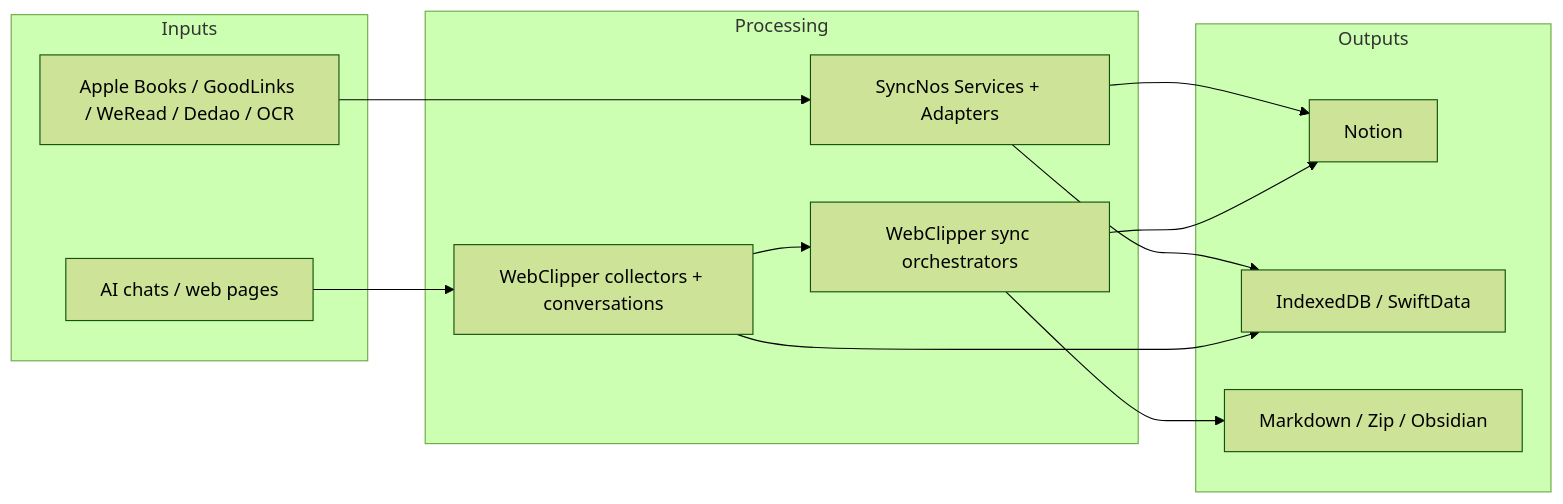
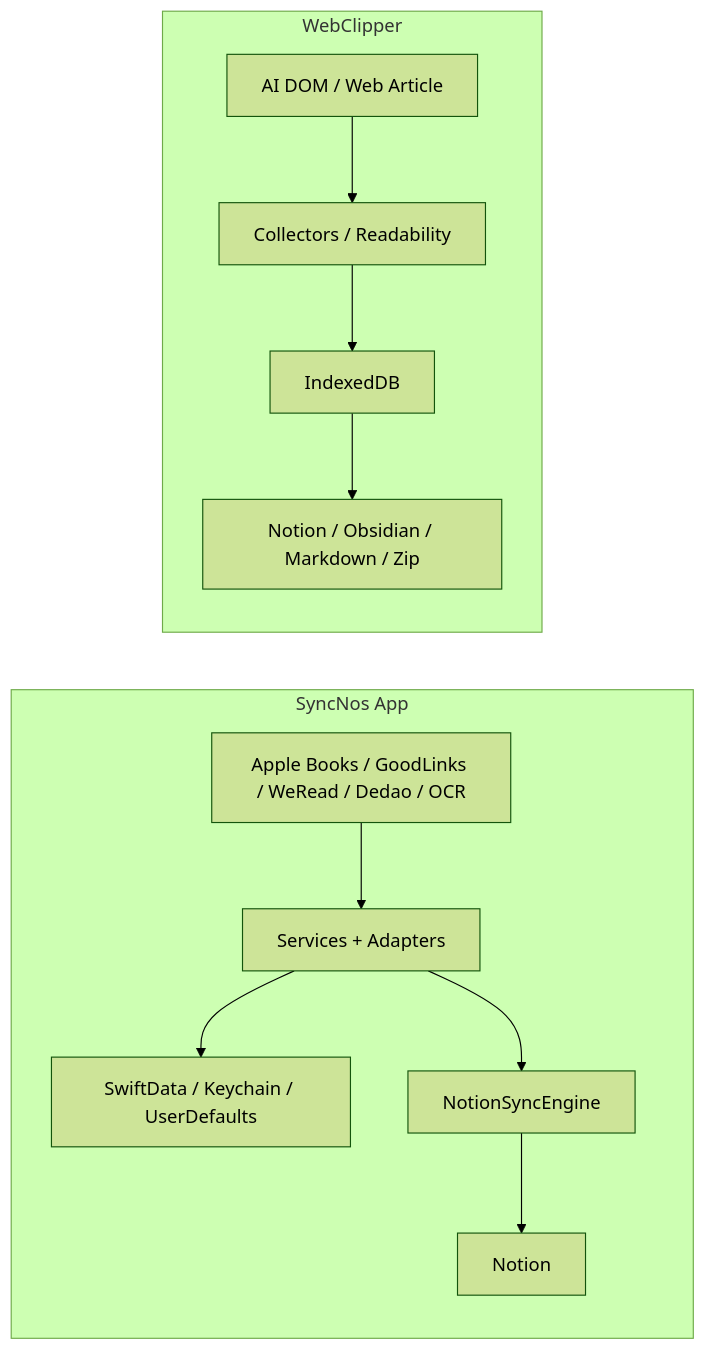
Before and after one commit to chiimagnus/SyncNos: the diagram in .github/deepwiki/data-flow.md, drawn with Mermaid (forest theme). The commit also changed other lines of this file and 16 other files, not shown here.

````diff
--- a/.github/deepwiki/data-flow.md
+++ b/.github/deepwiki/data-flow.md
@@ -54,25 +68,15 @@
 ```mermaid
 flowchart LR
-  subgraph Inputs
-    A[Apple Books / GoodLinks / WeRead / Dedao / OCR]
-    B[AI chats / web pages]
+  subgraph App[SyncNos App]
+    A[Apple Books / GoodLinks / WeRead / Dedao / OCR] --> B[Services + Adapters]
+    B --> C[SwiftData / Keychain / UserDefaults]
+    B --> D[NotionSyncEngine]
+    D --> N[Notion]
   end
 
-  subgraph Processing
-    C[SyncNos Services + Adapters]
-    D[WebClipper collectors + conversations]
-    E[WebClipper sync orchestrators]
+  subgraph Ext[WebClipper]
+    E[AI DOM / Web Article] --> F[Collectors / Readability]
+    F --> G[IndexedDB]
+    G --> H[Notion / Obsidian / Markdown / Zip]
   end
-
-  subgraph Outputs
-    F[Notion]
-    G[IndexedDB / SwiftData]
-    H[Markdown / Zip / Obsidian]
-  end
-
-  A --> C --> F
-  C --> G
-  B --> D --> G
-  D --> E --> F
-  E --> H
 ```
````
